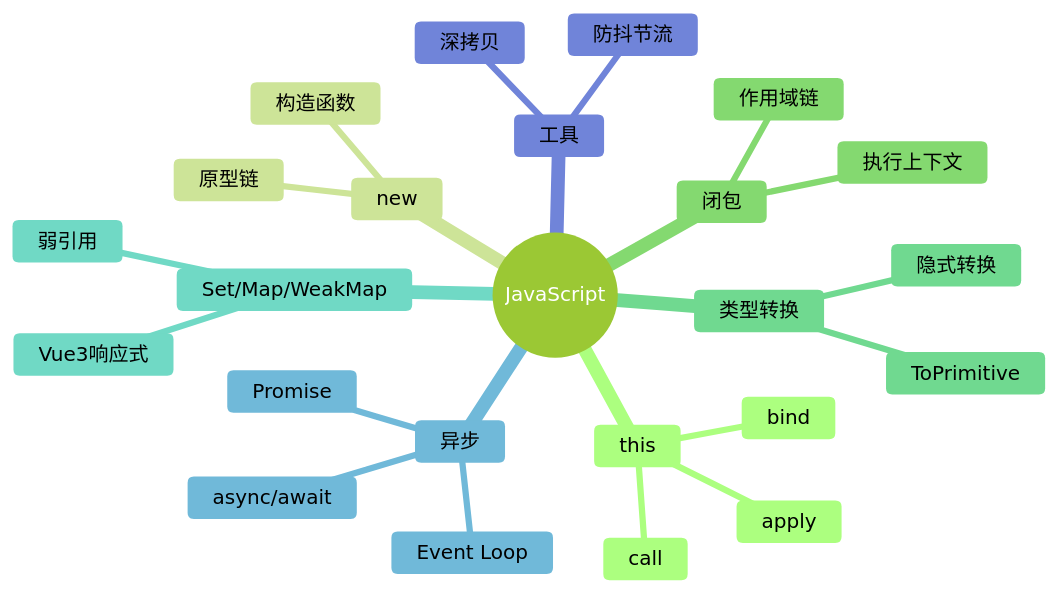
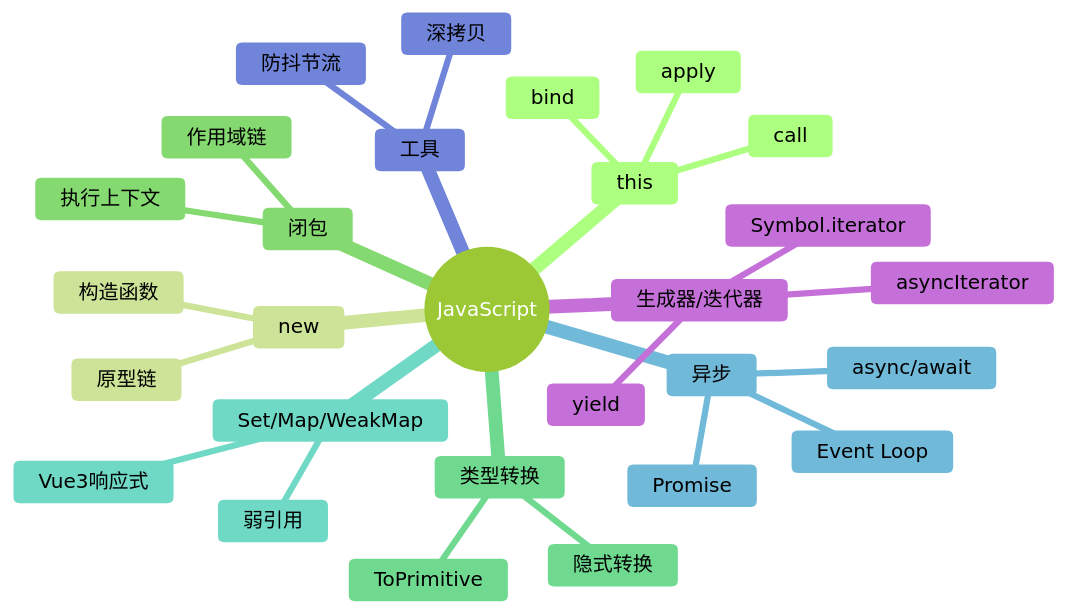
The diagram in docs/JavaScript/index.md (zjh42139/interview-notes), drawn with Mermaid (forest theme) before and after one commit. The commit also changed other lines of this file and 4 other files, not shown here.

Commit message:
feat: 新增 JavaScript 生成器/迭代器模块 + 修复 dev 环境 Mermaid CDN 加载

````diff
--- a/docs/JavaScript/index.md
+++ b/docs/JavaScript/index.md
@@ -9,27 +9,31 @@
 ```mermaid
 mindmap
   root((JavaScript))
     this
       call
       apply
       bind
     new
       构造函数
       原型链
     闭包
       作用域链
       执行上下文
     类型转换
       隐式转换
       ToPrimitive
     Set/Map/WeakMap
       弱引用
       Vue3响应式
     异步
       Promise
       Event Loop
       async/await
     工具
       深拷贝
       防抖节流
+    生成器/迭代器
+      yield
+      Symbol.iterator
+      asyncIterator
 ```
````
